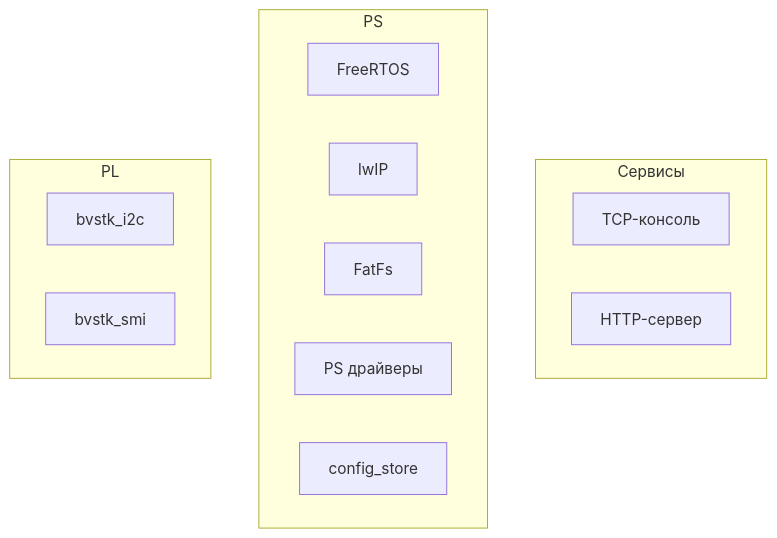
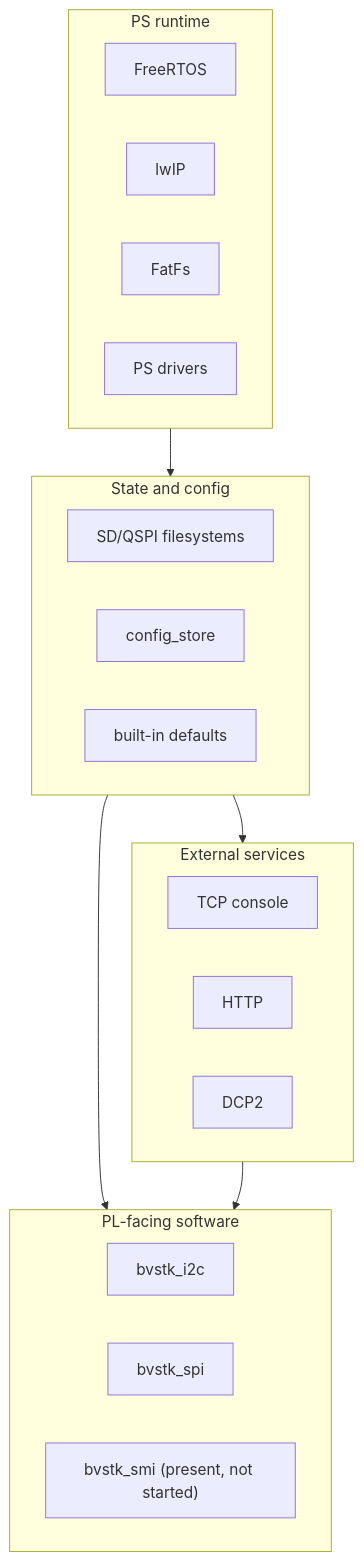
One commit to igtrefilov/bvstk changed the first of 2 diagrams in docs/dev/architecture.md. Above: the diagram before and after it, drawn with Mermaid. The commit also changed other lines of this file and 11 other files, not shown here.

````diff
--- a/docs/dev/architecture.md
+++ b/docs/dev/architecture.md
@@ -15,20 +15,32 @@
 ```mermaid
 flowchart TB
-  subgraph SVC["Сервисы"]
-    tcp["TCP-консоль"]
-    http["HTTP-сервер"]
-  end
-
-  subgraph PS["PS"]
+  subgraph PS["PS runtime"]
     rtos["FreeRTOS"]
     lwip["lwIP"]
     fatfs["FatFs"]
-    psdrv["PS драйверы"]
-    cfg["config_store"]
+    drv["PS drivers"]
   end
 
-  subgraph PL["PL"]
-    i2c_sw["bvstk_i2c"]
-    smi_sw["bvstk_smi"]
+  subgraph STATE["State and config"]
+    fs["SD/QSPI filesystems"]
+    cfg["config_store"]
+    defs["built-in defaults"]
   end
+
+  subgraph SVC["External services"]
+    tcp["TCP console"]
+    http["HTTP"]
+    dcp2["DCP2"]
+  end
+
+  subgraph PLSW["PL-facing software"]
+    i2c["bvstk_i2c"]
+    spi["bvstk_spi"]
+    smi["bvstk_smi (present, not started)"]
+  end
+
+  PS --> STATE
+  STATE --> SVC
+  STATE --> PLSW
+  SVC --> PLSW
 ```
````
